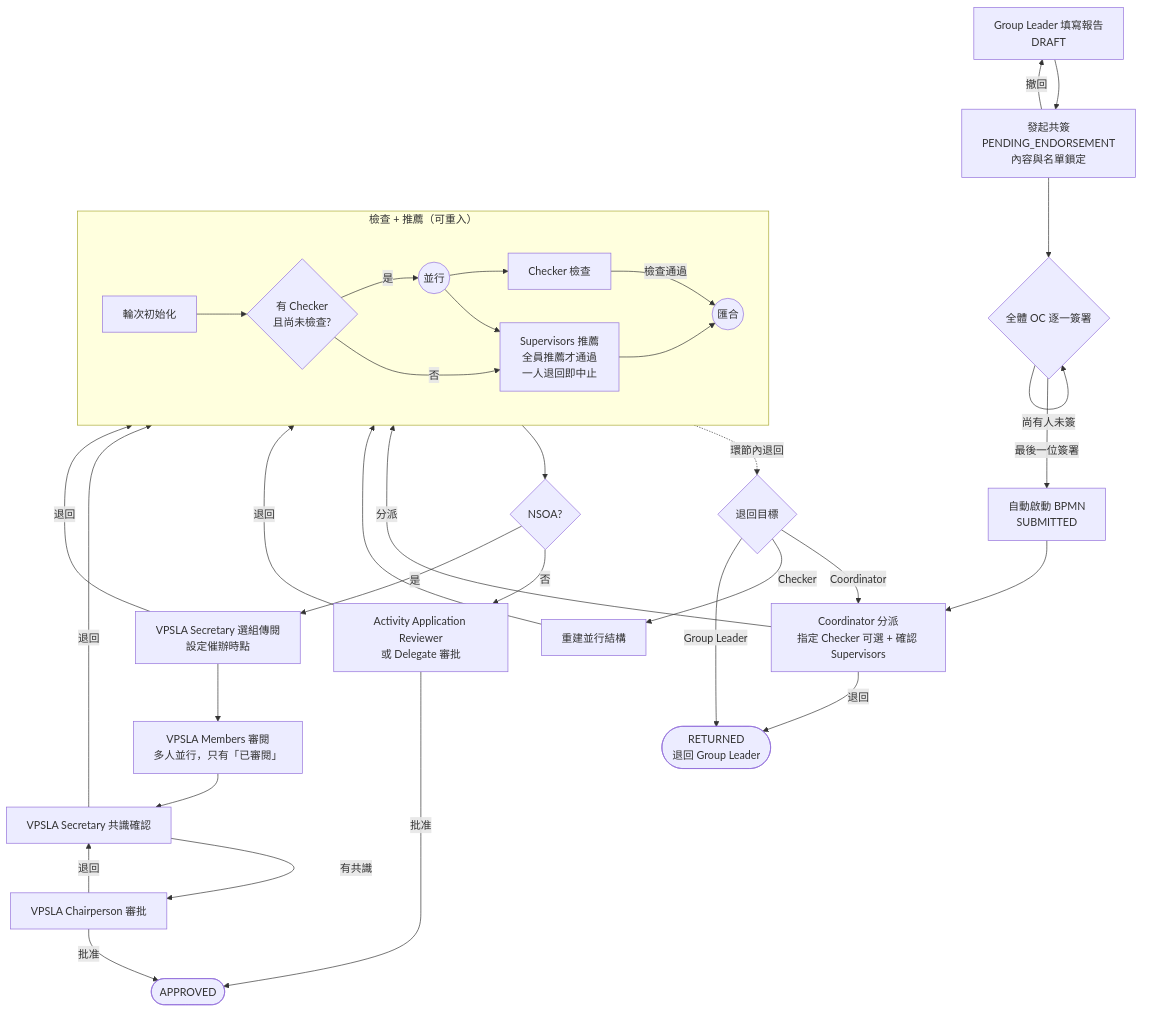
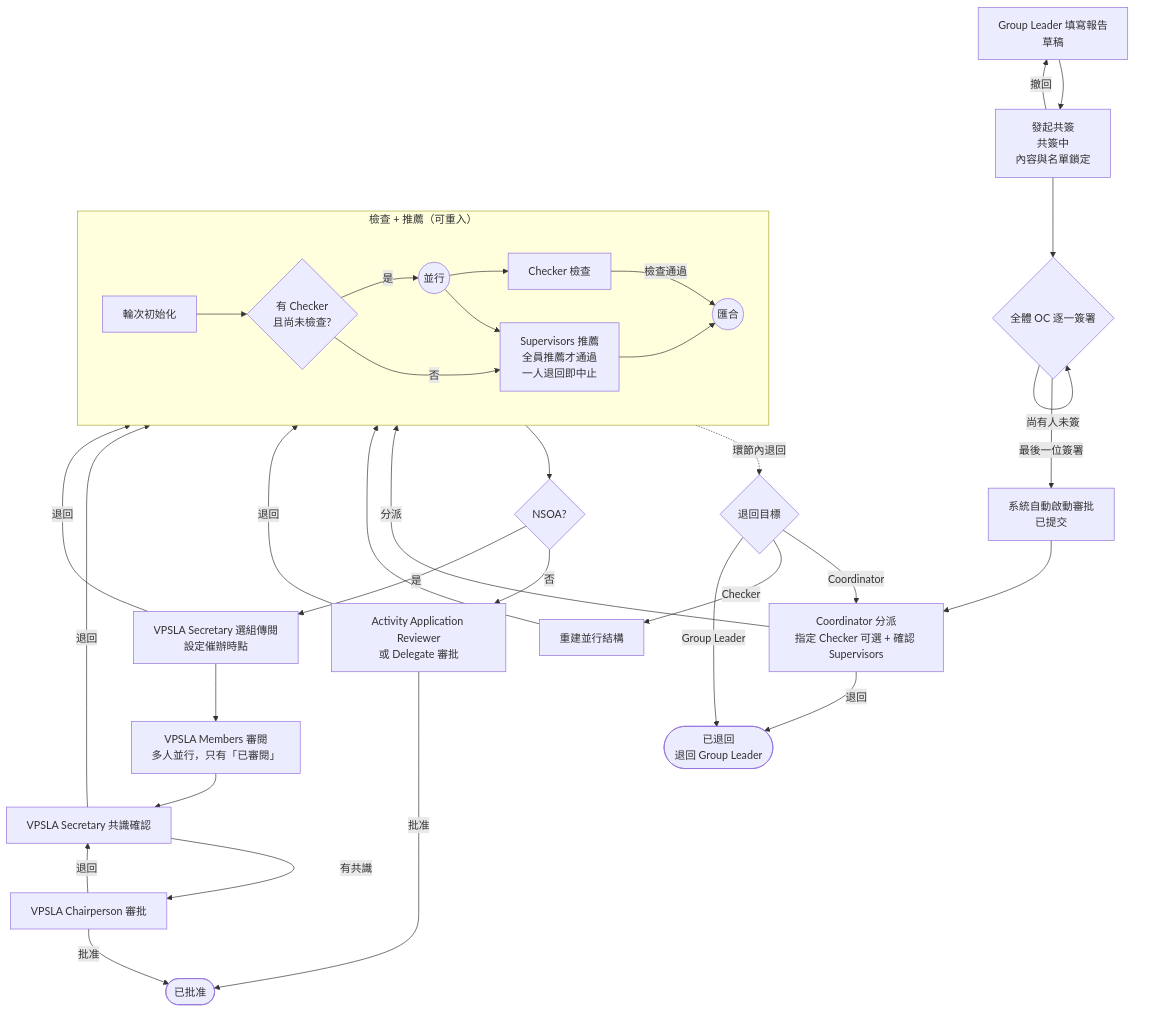
One commit to OneStar-Projects/SLAS-Docs changed the diagram in activity-report-submission-guide.md. Above: the diagram before and after it, drawn with Mermaid. The commit also changed other lines of this file and 1 other file, not shown here.

````diff
--- a/activity-report-submission-guide.md
+++ b/activity-report-submission-guide.md
@@ -78,36 +77,36 @@
 ```mermaid
 flowchart TD
-    A[Group Leader 填寫報告<br/>DRAFT] --> B[發起共簽<br/>PENDING_ENDORSEMENT<br/>內容與名單鎖定]
+    A[Group Leader 填寫報告<br/>草稿] --> B[發起共簽<br/>共簽中<br/>內容與名單鎖定]
     B -- 撤回 --> A
     B --> C{全體 OC 逐一簽署}
     C -- 尚有人未簽 --> C
-    C -- 最後一位簽署 --> D[自動啟動 BPMN<br/>SUBMITTED]
+    C -- 最後一位簽署 --> D[系統自動啟動審批<br/>已提交]
     D --> E[Coordinator 分派<br/>指定 Checker 可選 + 確認 Supervisors]
-    E -- 退回 --> RET([RETURNED<br/>退回 Group Leader])
+    E -- 退回 --> RET([已退回<br/>退回 Group Leader])
     E -- 分派 --> SUB
     subgraph SUB [檢查 + 推薦（可重入）]
       I[輪次初始化] --> G{有 Checker<br/>且尚未檢查?}
       G -- 是 --> FORK((並行))
       FORK --> CHK[Checker 檢查]
       FORK --> SUP[Supervisors 推薦<br/>全員推薦才通過<br/>一人退回即中止]
       G -- 否 --> SUP
       CHK -- 檢查通過 --> JOIN((匯合))
       SUP --> JOIN
     end
     SUB -. 環節內退回 .-> RG{退回目標}
     RG -- Coordinator --> E
     RG -- Checker --> RS[重建並行結構] --> SUB
     RG -- Group Leader --> RET
     SUB --> NS{NSOA?}
     NS -- 否 --> REV[Activity Application Reviewer<br/>或 Delegate 審批]
-    REV -- 批准 --> OK([APPROVED])
+    REV -- 批准 --> OK([已批准])
     REV -- 退回 --> SUB
     NS -- 是 --> VPS[VPSLA Secretary 選組傳閱<br/>設定催辦時點]
     VPS -- 退回 --> SUB
     VPS --> VPM[VPSLA Members 審閱<br/>多人並行，只有「已審閱」]
     VPM --> VPC[VPSLA Secretary 共識確認]
     VPC -- 退回 --> SUB
     VPC -- 有共識 --> CH[VPSLA Chairperson 審批]
     CH -- 批准 --> OK
     CH -- 退回 --> VPC
 ```
````
